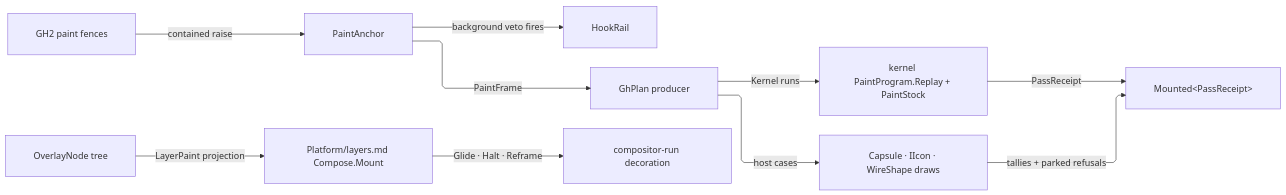
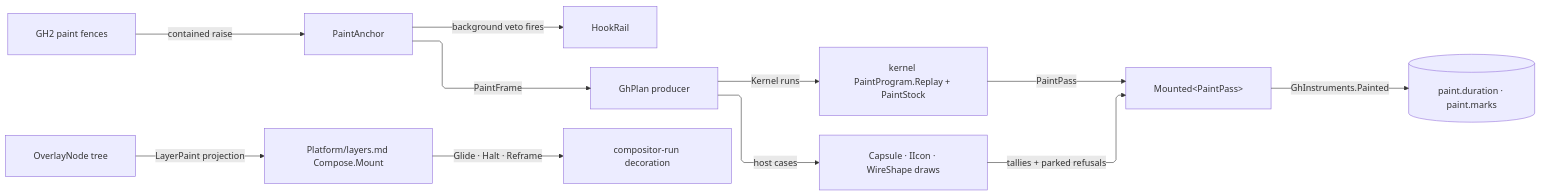
One commit to bsamiee/Rasm changed the diagram in libs/dotnet/Rasm.Grasshopper/.planning/Canvas/paint.md. Above: the diagram before and after it, drawn with Mermaid. The commit also changed other lines of this file and 1417 other files, not shown here.

````diff
--- a/libs/dotnet/Rasm.Grasshopper/.planning/Canvas/paint.md
+++ b/libs/dotnet/Rasm.Grasshopper/.planning/Canvas/paint.md
@@ -251,21 +251,22 @@
 ```mermaid
 ---
 config:
   layout: elk
   flowchart:
     curve: linear
     padding: 25
 ---
 flowchart LR
     accTitle: Paint composition at the Grasshopper boundary
-    accDescr: Host paint fences hand an event-scoped scene to the planned mount; the plan's kernel runs replay through the kernel paint program with its leased stock while host cases draw through GH2 renderers; the aggregate receipt lands on the mount capsule and compositor-resident overlays glide with zero paint passes.
+    accDescr: Host paint fences hand an event-scoped scene to the planned mount; the plan's kernel runs replay through the kernel paint program with its leased stock while host cases draw through GH2 renderers; the settled pass lands on the mount capsule and writes its instruments, and compositor-resident overlays glide with zero paint passes.
     Fence["GH2 paint fences"] -->|"contained raise"| Anchor["PaintAnchor"]
     Anchor -->|"background veto fires"| Rail["HookRail"]
     Anchor -->|"PaintFrame"| Plan["GhPlan producer"]
     Plan -->|"Kernel runs"| Program["kernel PaintProgram.Replay + PaintStock"]
     Plan -->|"host cases"| Host["Capsule · IIcon · WireShape draws"]
-    Program -->|"PassReceipt"| Capsule["Mounted&lt;PassReceipt&gt;"]
+    Program -->|"PaintPass"| Capsule["Mounted&lt;PaintPass&gt;"]
     Host -->|"tallies + parked refusals"| Capsule
+    Capsule -->|"GhInstruments.Painted"| Meter[("paint.duration · paint.marks")]
     Overlay["OverlayNode tree"] -->|"LayerPaint projection"| Layers["Platform/layers.md Compose.Mount"]
     Layers -->|"Glide · Halt · Reframe"| Motion["compositor-run decoration"]
 ```
````
